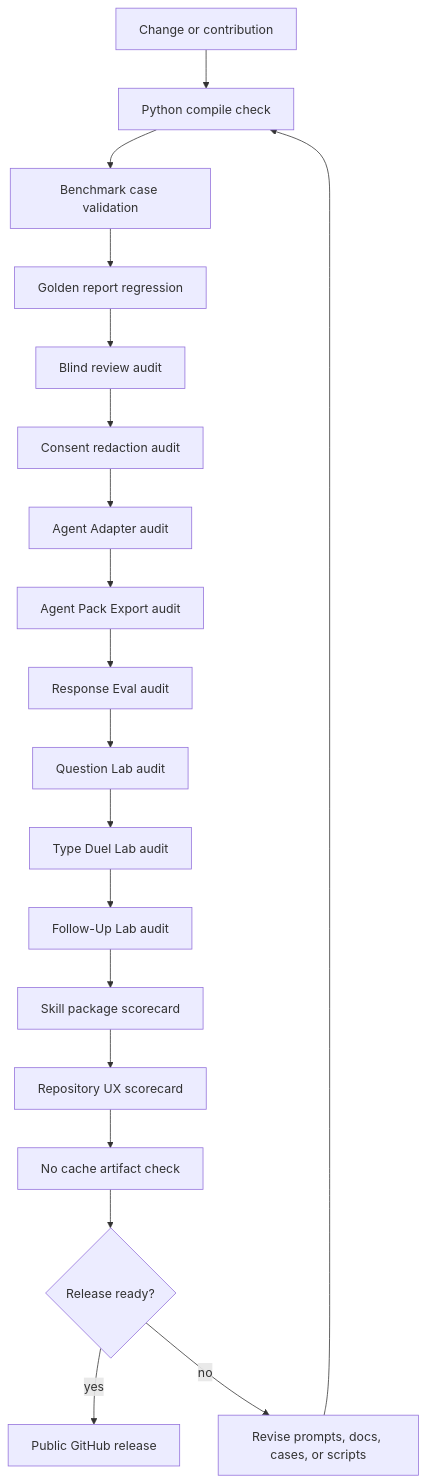
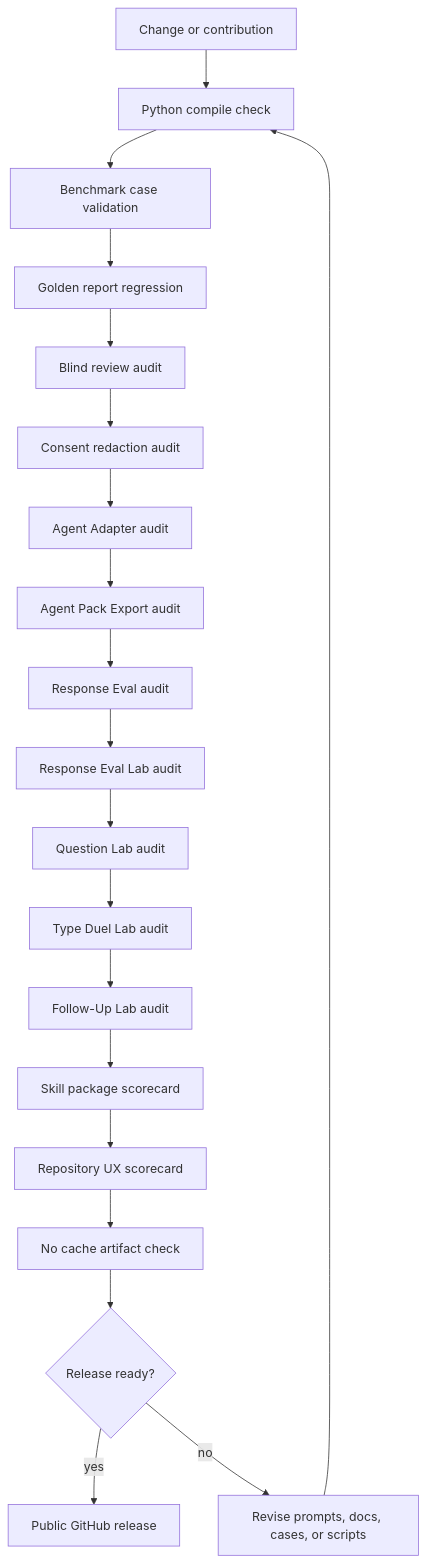
The fourth of 5 diagrams in README.md (Zaoqu-Liu/mbti-typing-skill), drawn with Mermaid before and after one commit. The commit also changed other lines of this file and 22 other files, not shown here.

Commit message:
Add response eval lab

````diff
--- a/README.md
+++ b/README.md
@@ -443,21 +467,22 @@
 ```mermaid
 flowchart TD
     PR[Change or contribution] --> Compile[Python compile check]
     Compile --> Cases[Benchmark case validation]
     Cases --> Golden[Golden report regression]
     Golden --> Blind[Blind review audit]
     Blind --> Consent[Consent redaction audit]
     Consent --> Adapter[Agent Adapter audit]
     Adapter --> Pack[Agent Pack Export audit]
     Pack --> Response[Response Eval audit]
-    Response --> QuestionLab[Question Lab audit]
+    Response --> ResponseLab[Response Eval Lab audit]
+    ResponseLab --> QuestionLab[Question Lab audit]
     QuestionLab --> TypeDuel[Type Duel Lab audit]
     TypeDuel --> FollowUp[Follow-Up Lab audit]
     FollowUp --> SkillScore[Skill package scorecard]
     SkillScore --> UXScore[Repository UX scorecard]
     UXScore --> Cache[No cache artifact check]
     Cache --> Release{Release ready?}
     Release -->|yes| Publish[Public GitHub release]
     Release -->|no| Fix[Revise prompts, docs, cases, or scripts]
     Fix --> Compile
 ```
````
